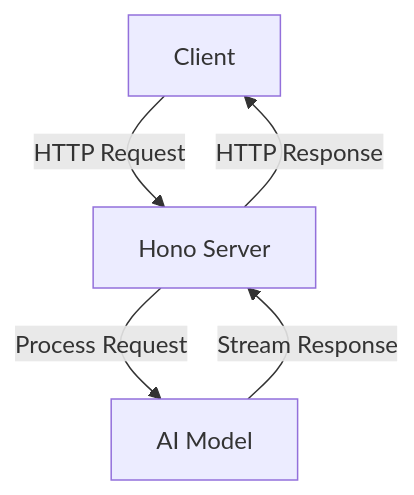
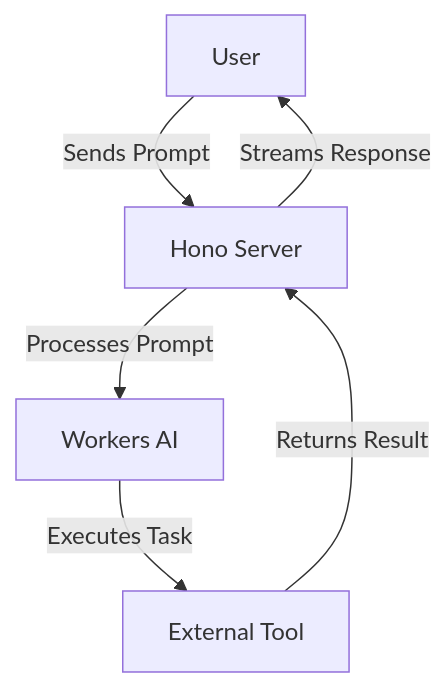
One commit to reeawnc/cloudflare changed the first of 2 diagrams in apps/tool-calling-stream/README.md. Above: the diagram before and after it, drawn with Mermaid. The commit also changed other lines of this file and 18 other files, not shown here.

````diff
--- a/apps/tool-calling-stream/README.md
+++ b/apps/tool-calling-stream/README.md
@@ -48,7 +74,8 @@
 ```mermaid
 graph TD;
-    A[Client] -->|HTTP Request| B[Hono Server];
-    B -->|Process Request| C[AI Model];
-    C -->|Stream Response| B;
-    B -->|HTTP Response| A;
+    A[User] -->|Sends Prompt| B[Hono Server];
+    B -->|Processes Prompt| C[Workers AI];
+    C -->|Executes Task| D[External Tool];
+    D -->|Returns Result| B;
+    B -->|Streams Response| A;
 ```
````
